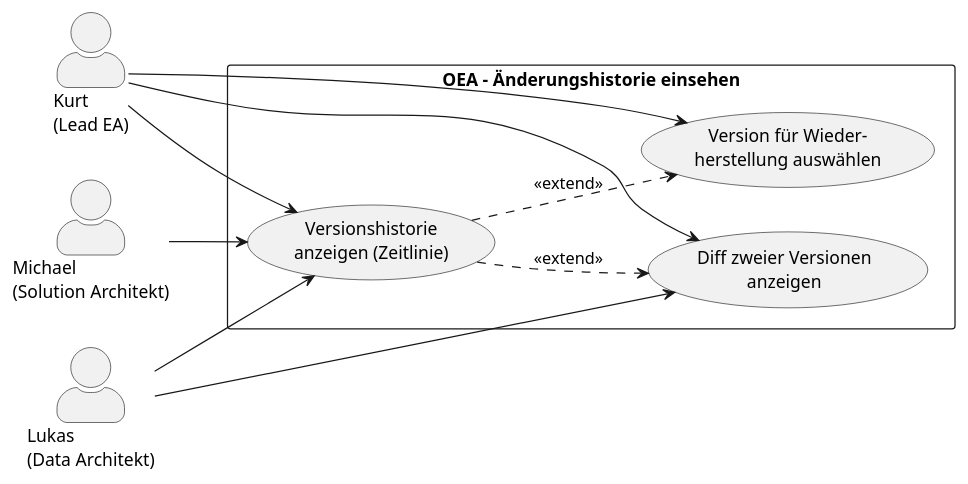
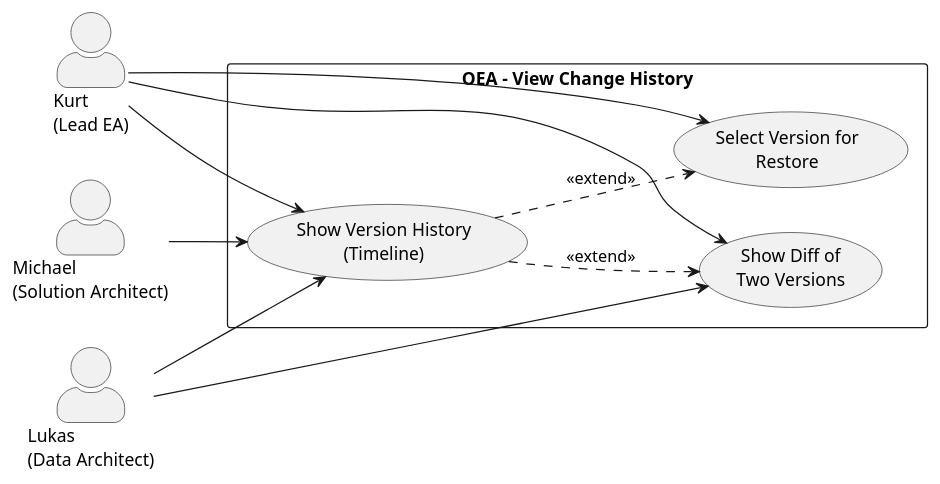
One commit to open-enterprise-architecture/OEA changed the diagram in requirements/use-cases/UC-14-view-change-history.md. Above: the diagram before and after it, drawn with PlantUML. The commit also changed other lines of this file and 630 other files, not shown here.

````diff
--- a/requirements/use-cases/UC-14-view-change-history.md
+++ b/requirements/use-cases/UC-14-view-change-history.md
@@ -33,26 +33,26 @@
 ```plantuml
 @startuml UC-14-History
 left to right direction
 skinparam actorStyle awesome
 
 actor "Kurt\n(Lead EA)" as Kurt
-actor "Lukas\n(Data Architekt)" as Lukas
-actor "Michael\n(Solution Architekt)" as Michael
+actor "Lukas\n(Data Architect)" as Lukas
+actor "Michael\n(Solution Architect)" as Michael
 
-rectangle "OEA – Änderungshistorie einsehen" {
-  usecase "Versionshistorie\nanzeigen (Zeitlinie)" as UC_History
-  usecase "Diff zweier Versionen\nanzeigen" as UC_Diff
-  usecase "Version für Wieder-\nherstellung auswählen" as UC_Select
+rectangle "OEA – View Change History" {
+  usecase "Show Version History\n(Timeline)" as UC_History
+  usecase "Show Diff of\nTwo Versions" as UC_Diff
+  usecase "Select Version for\nRestore" as UC_Select
 }
 
 Kurt --> UC_History
 Kurt --> UC_Diff
 Kurt --> UC_Select
 Lukas --> UC_History
 Lukas --> UC_Diff
 Michael --> UC_History
 
 UC_History ..> UC_Diff : <<extend>>
 UC_History ..> UC_Select : <<extend>>
 @enduml
 ```
````
